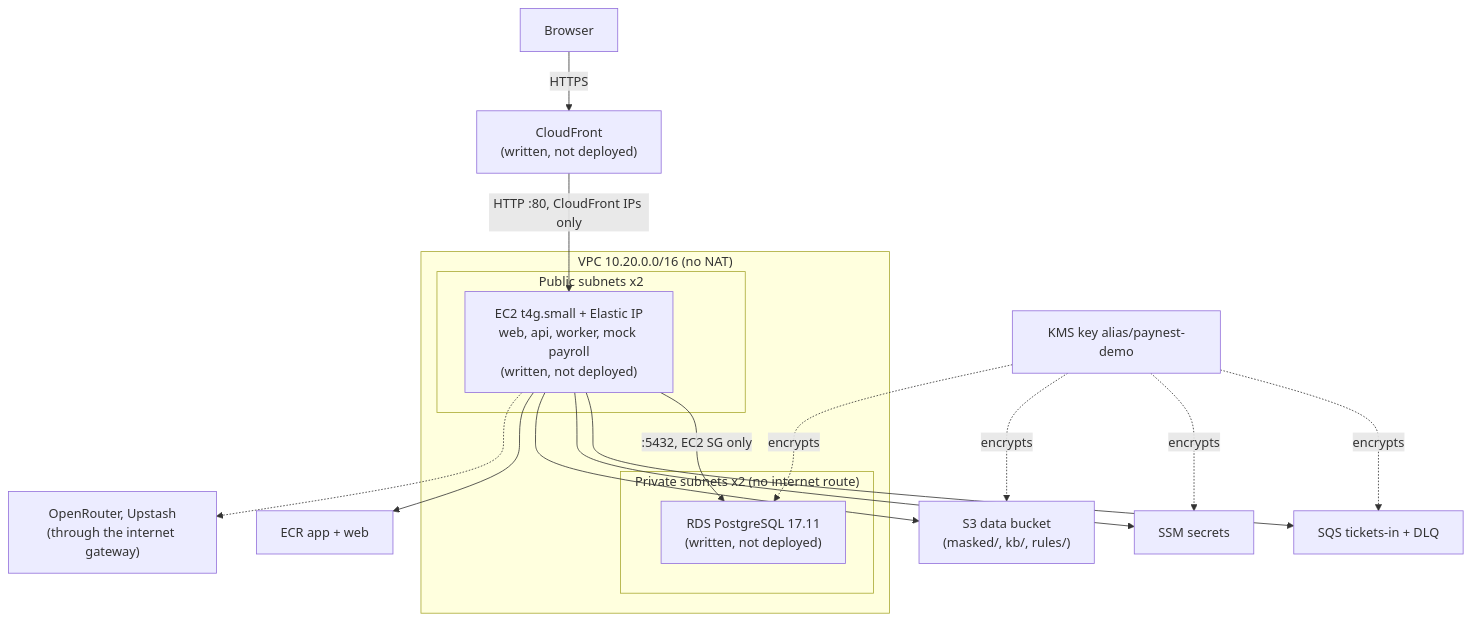
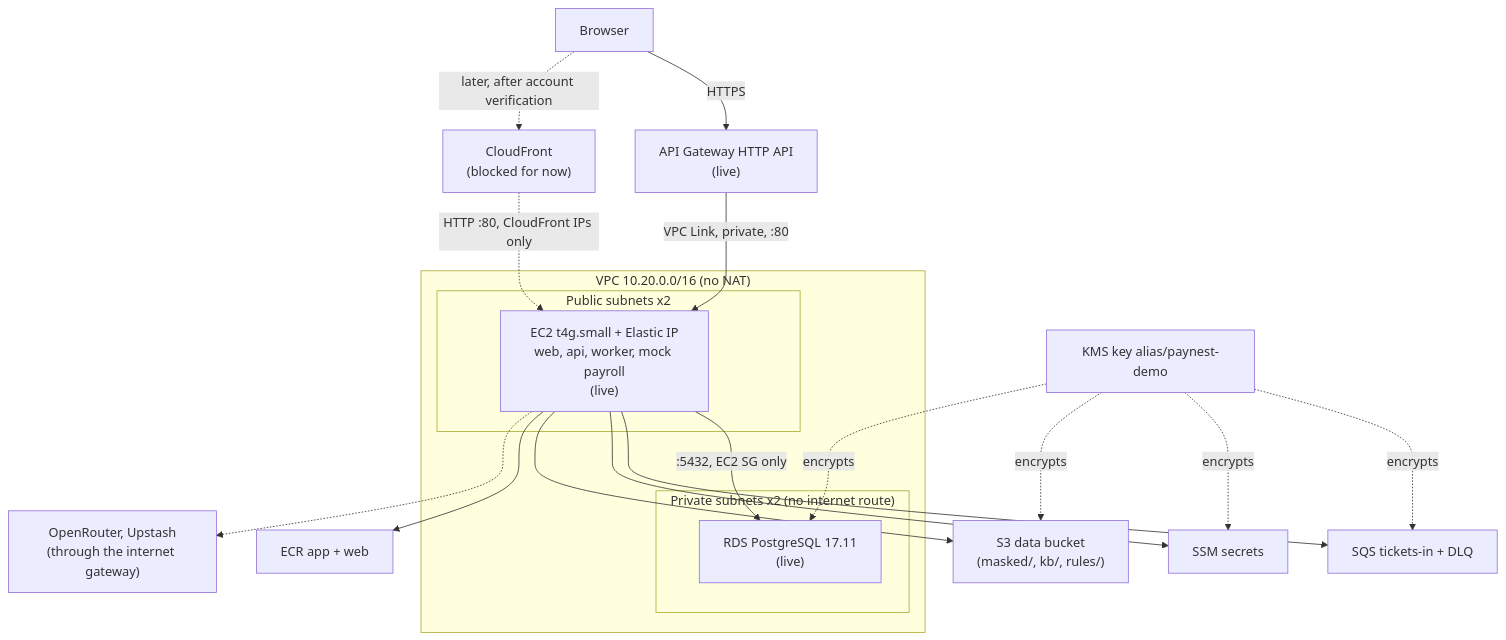
Before and after one commit to aarushisinghalfde/paynest: the second of 5 diagrams in docs/architecture.md, drawn with Mermaid. The commit also changed other lines of this file and 9 other files, not shown here.

Commit message:
Adding api gateway

````diff
--- a/docs/architecture.md
+++ b/docs/architecture.md
@@ -68,23 +69,25 @@
 ```mermaid
 flowchart TB
-  U["Browser"] -->|HTTPS| CF["CloudFront<br/>(written, not deployed)"]
+  U["Browser"] -->|HTTPS| AG["API Gateway HTTP API<br/>(live)"]
+  U -.->|"later, after account verification"| CF["CloudFront<br/>(blocked for now)"]
   subgraph VPC["VPC 10.20.0.0/16 (no NAT)"]
     subgraph PUB["Public subnets x2"]
-      EC2["EC2 t4g.small + Elastic IP<br/>web, api, worker, mock payroll<br/>(written, not deployed)"]
+      EC2["EC2 t4g.small + Elastic IP<br/>web, api, worker, mock payroll<br/>(live)"]
     end
     subgraph PRIV["Private subnets x2 (no internet route)"]
-      RDS["RDS PostgreSQL 17.11<br/>(written, not deployed)"]
+      RDS["RDS PostgreSQL 17.11<br/>(live)"]
     end
   end
-  CF -->|"HTTP :80, CloudFront IPs only"| EC2
+  AG -->|"VPC Link, private, :80"| EC2
+  CF -.->|"HTTP :80, CloudFront IPs only"| EC2
   EC2 -->|":5432, EC2 SG only"| RDS
   EC2 --> SQS["SQS tickets-in + DLQ"]
   EC2 --> SSM["SSM secrets"]
   EC2 --> S3["S3 data bucket<br/>(masked/, kb/, rules/)"]
   EC2 --> ECR["ECR app + web"]
   EC2 -.-> EXT["OpenRouter, Upstash<br/>(through the internet gateway)"]
   KMS["KMS key alias/paynest-demo"] -. encrypts .-> SQS
   KMS -. encrypts .-> SSM
   KMS -. encrypts .-> S3
   KMS -. encrypts .-> RDS
 ```
````
